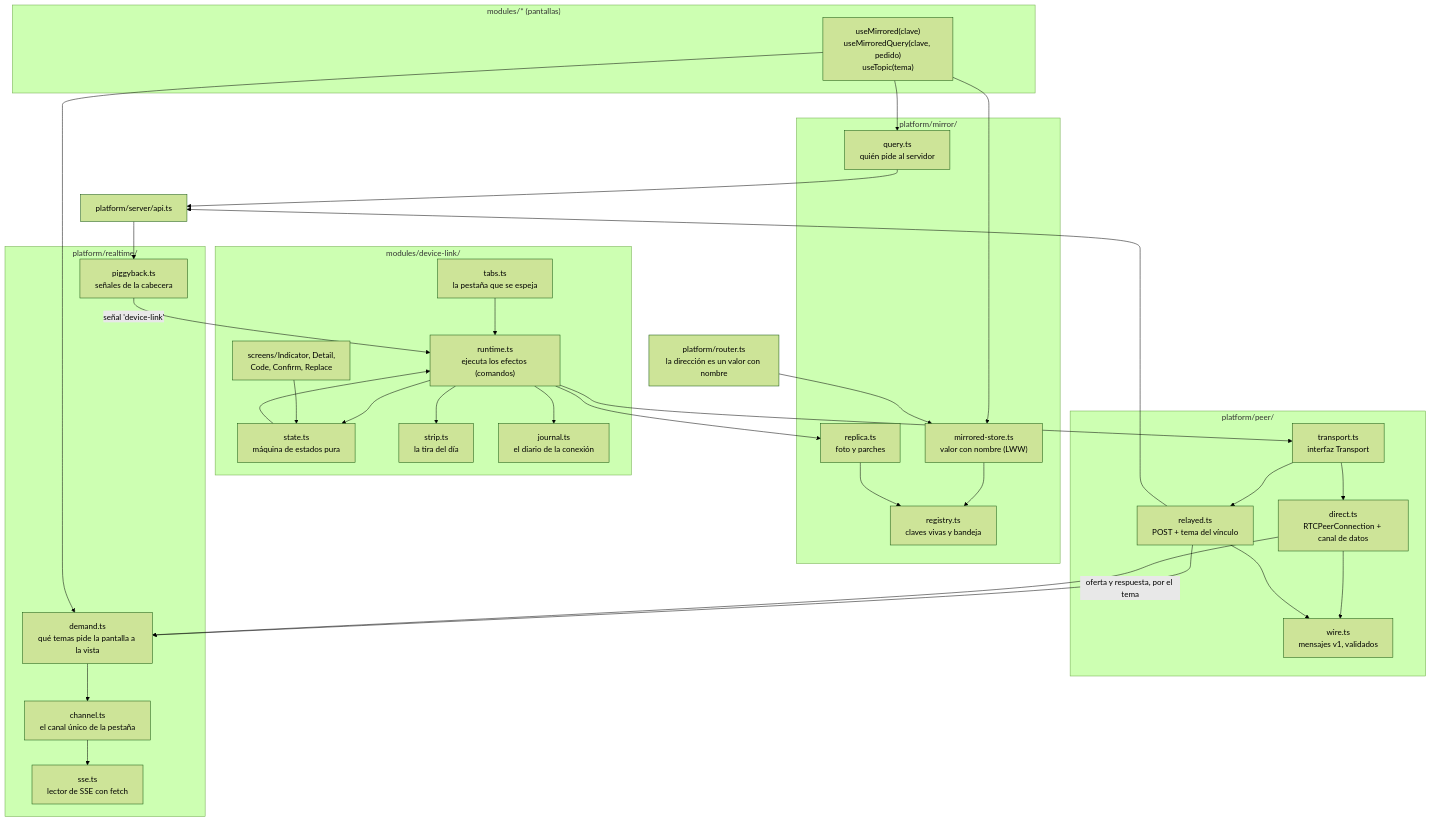
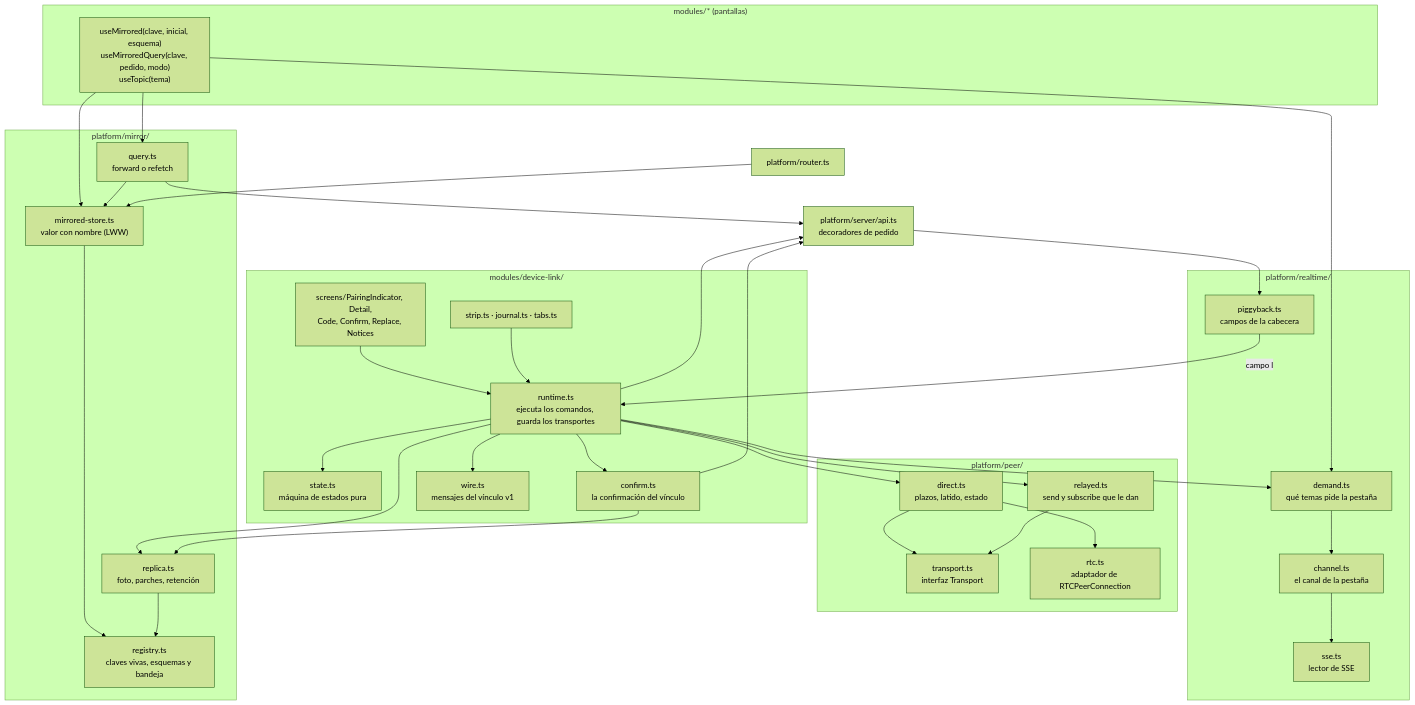
Before and after one commit to carlos-illobre/ferrebress: the second of 13 diagrams in docs/technical/modules/device-link.md, drawn with Mermaid (forest theme). The commit also changed other lines of this file and 10 other files, not shown here.

First line of the commit message:
03a · paso 5: el diseño del vínculo corregido con las dos revisiones

````diff
--- a/docs/technical/modules/device-link.md
+++ b/docs/technical/modules/device-link.md
@@ -120,60 +137,62 @@
 ```mermaid
 flowchart TB
   subgraph screens["modules/* (pantallas)"]
-    SCR["useMirrored(clave)<br/>useMirroredQuery(clave, pedido)<br/>useTopic(tema)"]
+    SCR["useMirrored(clave, inicial, esquema)<br/>useMirroredQuery(clave, pedido, modo)<br/>useTopic(tema)"]
   end
   subgraph dl["modules/device-link/"]
     MACH["state.ts<br/>máquina de estados pura"]
-    RUN["runtime.ts<br/>ejecuta los efectos (comandos)"]
-    IND["screens/Indicator, Detail,<br/>Code, Confirm, Replace"]
-    STRIP["strip.ts<br/>la tira del día"]
-    JOUR["journal.ts<br/>el diario de la conexión"]
-    TABS["tabs.ts<br/>la pestaña que se espeja"]
+    RUN["runtime.ts<br/>ejecuta los comandos, guarda los transportes"]
+    CONF["confirm.ts<br/>la confirmación del vínculo"]
+    WIRE["wire.ts<br/>mensajes del vínculo v1"]
+    IND["screens/PairingIndicator, Detail,<br/>Code, Confirm, Replace, Notices"]
+    STRIP["strip.ts · journal.ts · tabs.ts"]
   end
   subgraph mirror["platform/mirror/"]
     MS["mirrored-store.ts<br/>valor con nombre (LWW)"]
-    REG["registry.ts<br/>claves vivas y bandeja"]
-    Q["query.ts<br/>quién pide al servidor"]
-    REP["replica.ts<br/>foto y parches"]
+    REG["registry.ts<br/>claves vivas, esquemas y bandeja"]
+    Q["query.ts<br/>forward o refetch"]
+    REP["replica.ts<br/>foto, parches, retención"]
   end
   subgraph peer["platform/peer/"]
     TR["transport.ts<br/>interfaz Transport"]
-    DIR["direct.ts<br/>RTCPeerConnection + canal de datos"]
-    REL["relayed.ts<br/>POST + tema del vínculo"]
-    WIRE["wire.ts<br/>mensajes v1, validados"]
+    DIR["direct.ts<br/>plazos, latido, estado"]
+    RTC["rtc.ts<br/>adaptador de RTCPeerConnection"]
+    REL["relayed.ts<br/>send y subscribe que le dan"]
   end
   subgraph rt["platform/realtime/"]
-    CH["channel.ts<br/>el canal único de la pestaña"]
-    DEM["demand.ts<br/>qué temas pide la pantalla a la vista"]
-    PB["piggyback.ts<br/>señales de la cabecera"]
-    SSE["sse.ts<br/>lector de SSE con fetch"]
+    CH["channel.ts<br/>el canal de la pestaña"]
+    DEM["demand.ts<br/>qué temas pide la pestaña"]
+    PB["piggyback.ts<br/>campos de la cabecera"]
+    SSE["sse.ts<br/>lector de SSE"]
   end
-  API["platform/server/api.ts"]
-  ROUTER["platform/router.ts<br/>la dirección es un valor con nombre"]
+  API["platform/server/api.ts<br/>decoradores de pedido"]
+  ROUTER["platform/router.ts"]
 
   SCR --> MS
   SCR --> Q
   SCR --> DEM
+  Q --> MS
+  Q --> API
   ROUTER --> MS
-  Q --> API
   MS --> REG
   REP --> REG
+  DIR --> TR
+  REL --> TR
+  DIR --> RTC
+  RUN --> MACH
   RUN --> REP
-  RUN --> TR
-  TR --> DIR
-  TR --> REL
-  DIR --> WIRE
-  REL --> WIRE
-  REL --> API
-  REL --> DEM
-  DIR -- "oferta y respuesta, por el tema" --> DEM
-  DEM --> CH --> SSE
+  RUN --> DIR
+  RUN --> REL
+  RUN --> DEM
+  RUN --> API
+  RUN --> CONF
+  RUN --> WIRE
+  CONF --> API
+  CONF --> REP
+  DEM --> CH
+  CH --> SSE
   API --> PB
-  PB -- "señal 'device-link'" --> RUN
-  MACH --> RUN
-  RUN --> MACH
-  RUN --> JOUR
-  RUN --> STRIP
-  IND --> MACH
-  TABS --> RUN
+  PB -- "campo l" --> RUN
+  IND --> RUN
+  STRIP --> RUN
 ```
````
